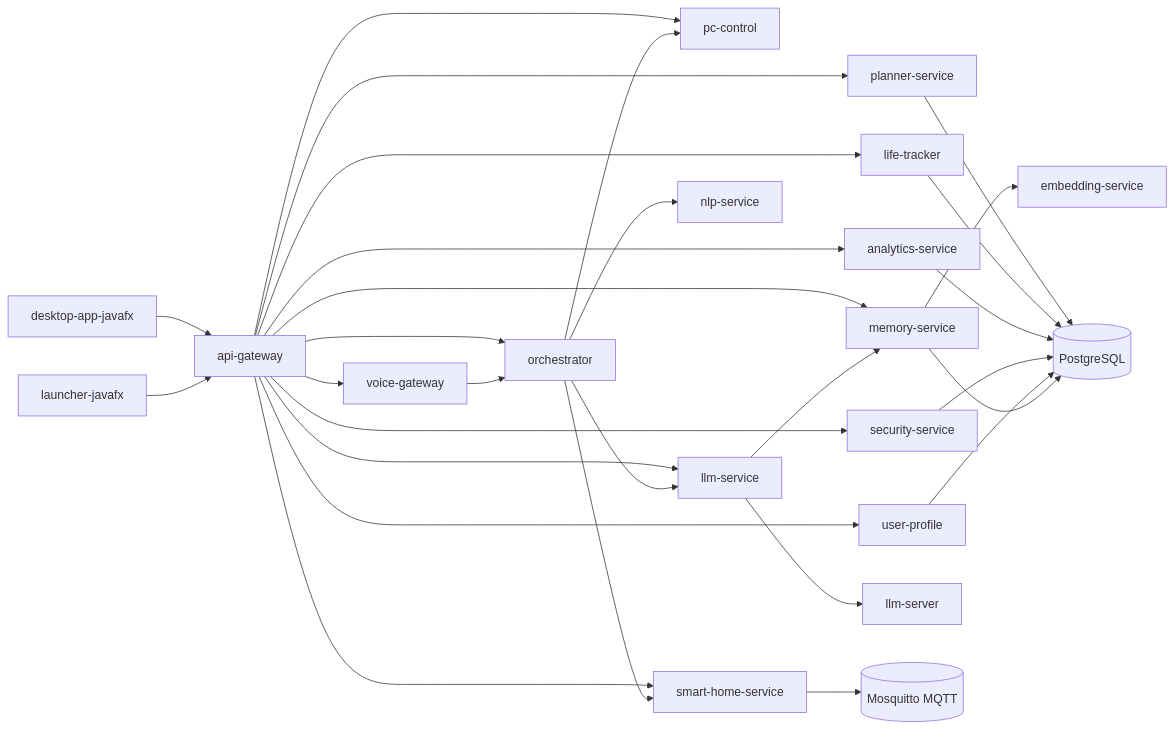
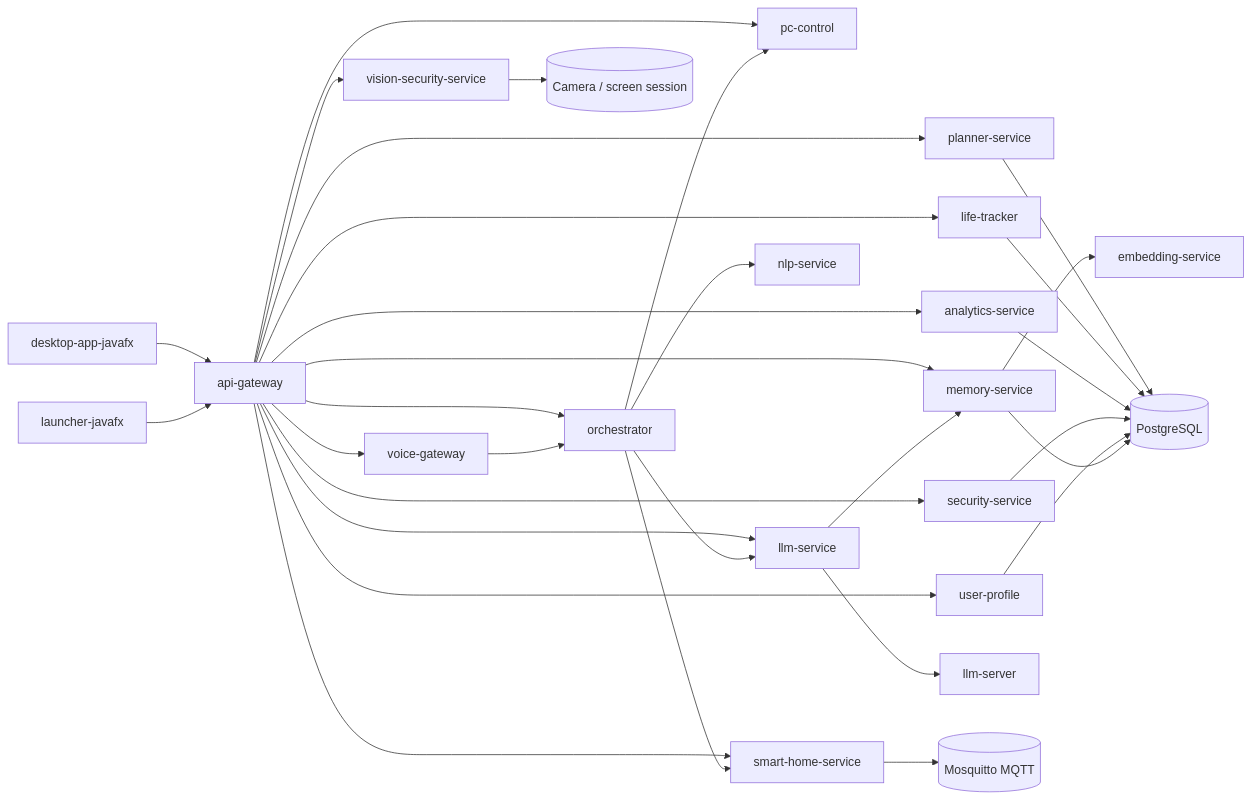
Before and after one commit to gajdukiewicz00/Jarvis2.0: the diagram in docs/architecture.md, drawn with Mermaid. The commit also changed other lines of this file and 71 other files, not shown here.

First line of the commit message:
feat: add vision-security-service module for local owner verification and incident capture

````diff
--- a/docs/architecture.md
+++ b/docs/architecture.md
@@ -15,34 +15,36 @@
 ```mermaid
 flowchart LR
     Desktop[desktop-app-javafx] --> Gateway[api-gateway]
     Launcher[launcher-javafx] --> Gateway
 
     Gateway --> Voice[voice-gateway]
     Gateway --> Security[security-service]
     Gateway --> Orchestrator[orchestrator]
     Gateway --> Planner[planner-service]
     Gateway --> Life[life-tracker]
     Gateway --> Analytics[analytics-service]
     Gateway --> Profile[user-profile]
     Gateway --> Pc[pc-control]
+    Gateway --> Vision[vision-security-service]
     Gateway --> Home[smart-home-service]
     Gateway --> Llm[llm-service]
     Gateway --> Memory[memory-service]
 
     Voice --> Orchestrator
     Orchestrator --> Nlp[nlp-service]
     Orchestrator --> Pc
     Orchestrator --> Home
     Orchestrator --> Llm
 
     Llm --> LlmServer[llm-server]
     Llm --> Memory
     Memory --> Embedding[embedding-service]
     Planner --> Pg[(PostgreSQL)]
     Life --> Pg
     Analytics --> Pg
     Security --> Pg
     Profile --> Pg
     Memory --> Pg
     Home --> Mqtt[(Mosquitto MQTT)]
+    Vision --> DesktopState[(Camera / screen session)]
 ```
````
